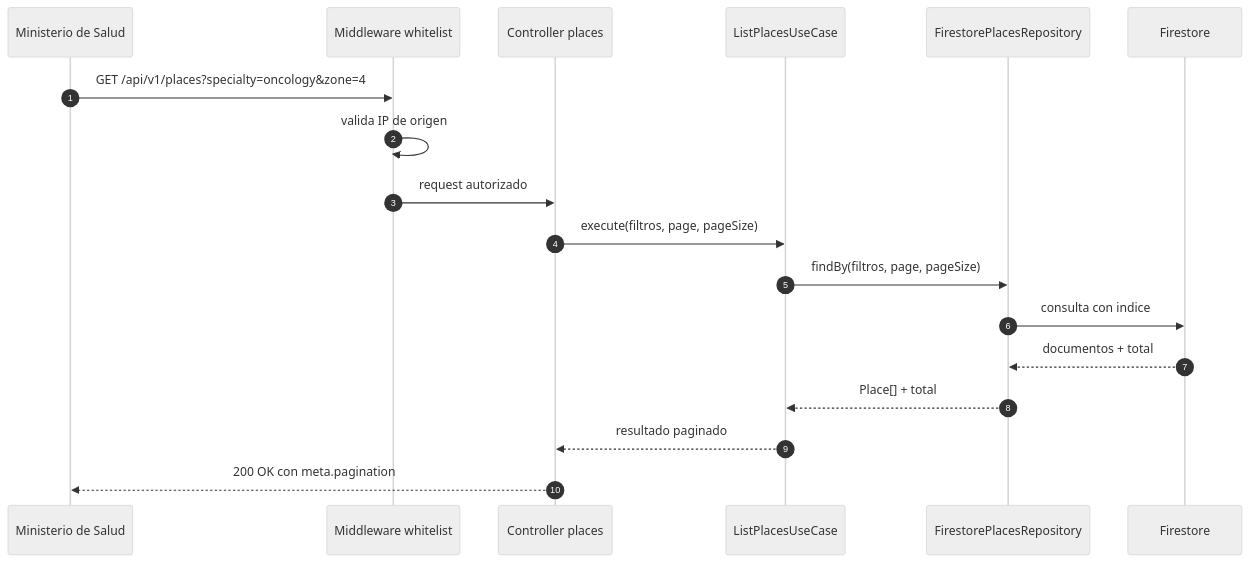
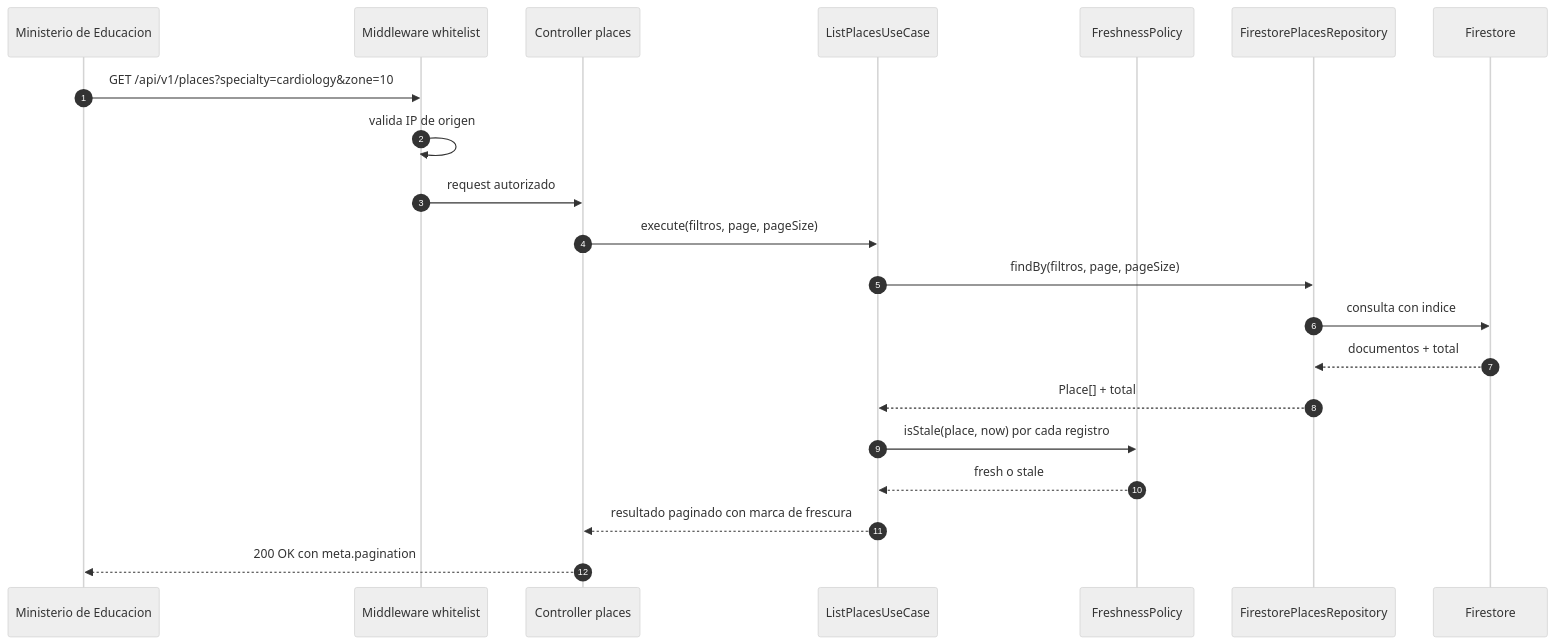
The sixth of 8 diagrams in docs/design.md (JosueSay/medical-specialists-directory), drawn with Mermaid (neutral theme) before and after one commit. The commit also changed other lines of this file and 4 other files, not shown here.

````diff
--- a/docs/design.md
+++ b/docs/design.md
@@ -235,21 +315,24 @@
 ```mermaid
 sequenceDiagram
     autonumber
-    participant MS as Ministerio de Salud
+    participant ME as Ministerio de Educacion
     participant MW as Middleware whitelist
     participant CT as Controller places
     participant UC as ListPlacesUseCase
+    participant FP as FreshnessPolicy
     participant RP as FirestorePlacesRepository
     participant FS as Firestore
 
-    MS->>MW: GET /api/v1/places?specialty=oncology&zone=4
+    ME->>MW: GET /api/v1/places?specialty=cardiology&zone=10
     MW->>MW: valida IP de origen
     MW->>CT: request autorizado
     CT->>UC: execute(filtros, page, pageSize)
     UC->>RP: findBy(filtros, page, pageSize)
     RP->>FS: consulta con indice
     FS-->>RP: documentos + total
     RP-->>UC: Place[] + total
-    UC-->>CT: resultado paginado
-    CT-->>MS: 200 OK con meta.pagination
+    UC->>FP: isStale(place, now) por cada registro
+    FP-->>UC: fresh o stale
+    UC-->>CT: resultado paginado con marca de frescura
+    CT-->>ME: 200 OK con meta.pagination
 ```
````
